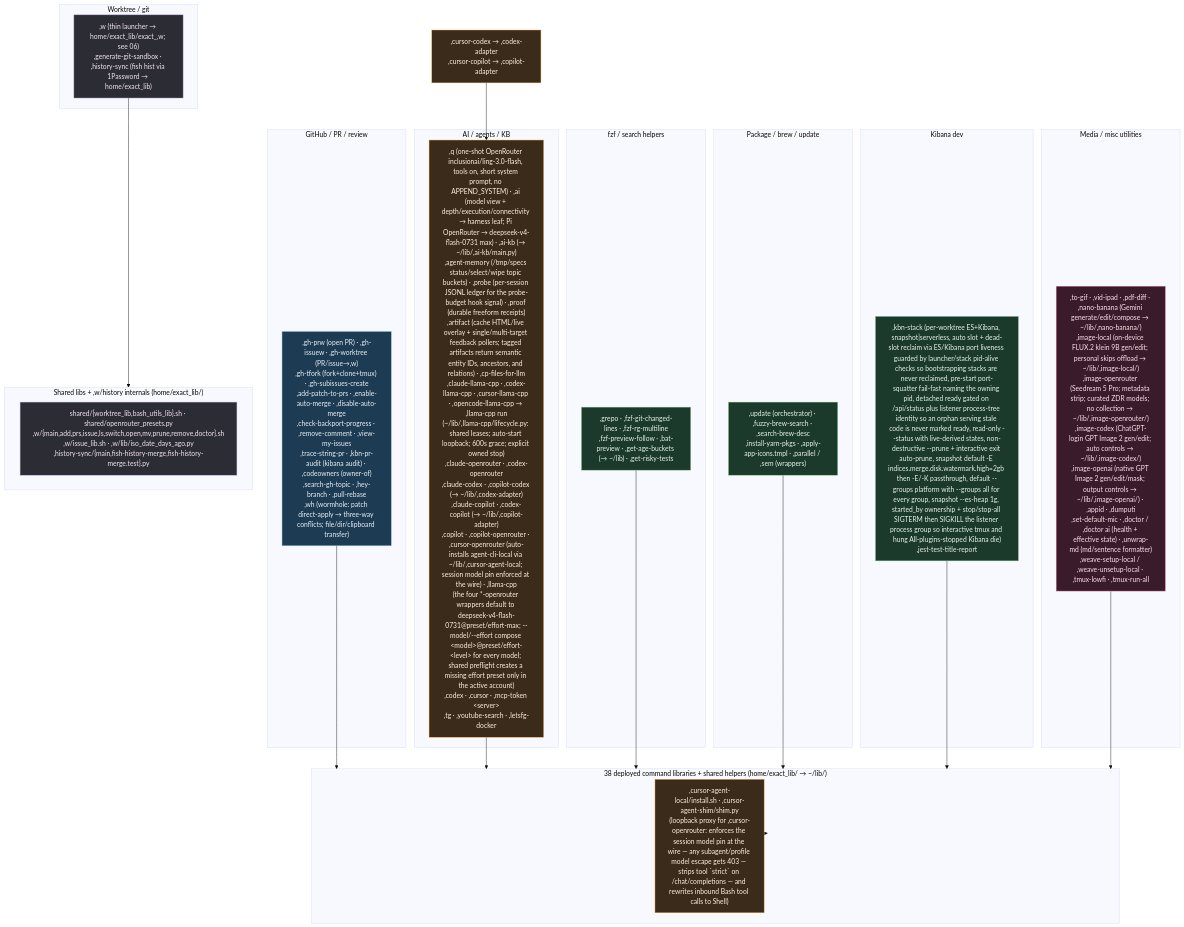
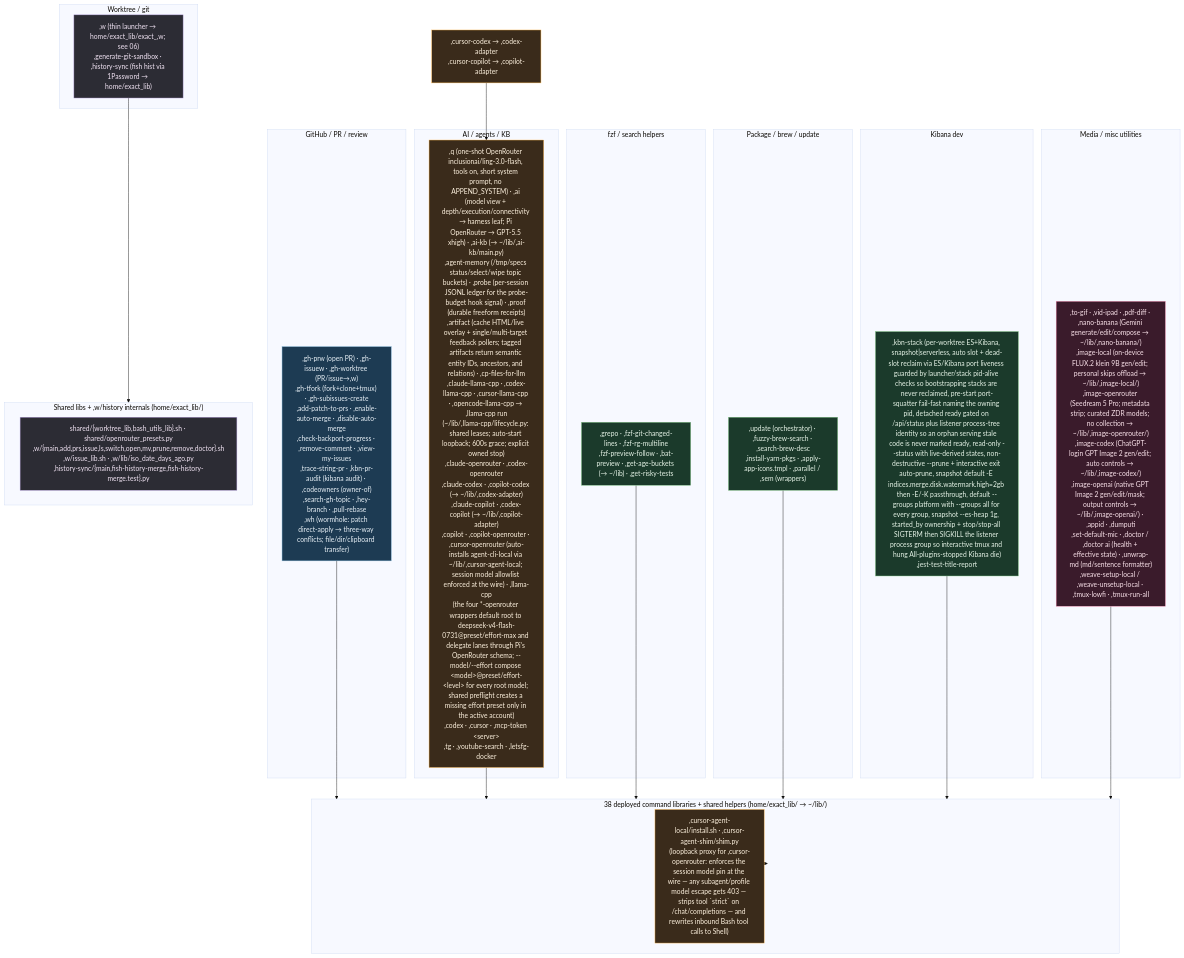
One commit to kapral18/dotfiles changed the diagram in .mermaids/07c-bin-commands.mmd. Above: the diagram before and after it, drawn with Mermaid (base theme). The commit also changed 61 other files, not shown here.

```diff
--- a/.mermaids/07c-bin-commands.mmd
+++ b/.mermaids/07c-bin-commands.mmd
@@ -1,60 +1,60 @@
 %% ============================================================================
 %% 07c-bin-commands.mmd — Every thin command in home/exact_bin/ (84 thin commands)
 %% plus deployed internals in home/exact_lib/ (95 command/shared library files).
 %% executable_,* → ~/bin/,* (comma-prefixed user commands); home/exact_lib/exact_,name/
 %% → ~/lib/,name/. verify-bin-surface keeps each command covered by fish
 %% completions, docs, catalog, and non-orphaned command libraries.
 %% ============================================================================
 flowchart TB
     classDef gh fill:#1d3b53,stroke:#7fb3d5,color:#eaf2f8;
     classDef wt fill:#2c2c34,stroke:#b39ddb,color:#f3e5f5;
     classDef ai fill:#3a2b1b,stroke:#ffb74d,color:#fff3e0;
     classDef media fill:#3a1b2b,stroke:#f48fb1,color:#fce4ec;
     classDef sys fill:#1b3a2b,stroke:#81c784,color:#e8f5e9;
 
     subgraph GHC["GitHub / PR / review"]
         G[",gh-prw (open PR) · ,gh-issuew · ,gh-worktree (PR/issue→,w)<br/>,gh-tfork (fork+clone+tmux) · ,gh-subissues-create<br/>,add-patch-to-prs · ,enable-auto-merge · ,disable-auto-merge<br/>,check-backport-progress · ,remove-comment · ,view-my-issues<br/>,trace-string-pr · ,kbn-pr-audit (kibana audit) · ,codeowners (owner-of)<br/>,search-gh-topic · ,hey-branch · ,pull-rebase<br/>,wh (wormhole: patch direct-apply → three-way conflicts; file/dir/clipboard transfer)"]:::gh
     end
 
     ACURSOR[",cursor-codex → ,codex-adapter<br/>,cursor-copilot → ,copilot-adapter"]:::ai
     ACURSOR --> A
 
     subgraph WTC["Worktree / git"]
         W[",w (thin launcher → home/exact_lib/exact_,w; see 06)<br/>,generate-git-sandbox · ,history-sync (fish hist via 1Password → home/exact_lib)"]:::wt
     end
 
     subgraph AIC["AI / agents / KB"]
-        A[",q (one-shot OpenRouter inclusionai/ling-3.0-flash, tools on, short system prompt, no APPEND_SYSTEM) · ,ai (model view + depth/execution/connectivity → harness leaf; Pi OpenRouter → deepseek-v4-flash-0731 max) · ,ai-kb (→ ~/lib/,ai-kb/main.py)<br/>,agent-memory (/tmp/specs status/select/wipe topic buckets) · ,probe (per-session JSONL ledger for the probe-budget hook signal) · ,proof (durable freeform receipts)<br/>,artifact (cache HTML/live overlay + single/multi-target feedback pollers; tagged artifacts return semantic entity IDs, ancestors, and relations) · ,cp-files-for-llm<br/>,claude-llama-cpp · ,codex-llama-cpp · ,cursor-llama-cpp · ,opencode-llama-cpp → ,llama-cpp run<br/>(~/lib/,llama-cpp/lifecycle.py: shared leases; auto-start loopback; 600s grace; explicit owned stop)<br/>,claude-openrouter · ,codex-openrouter<br/>,claude-codex · ,copilot-codex (→ ~/lib/,codex-adapter)<br/>,claude-copilot · ,codex-copilot (→ ~/lib/,copilot-adapter)<br/>,copilot · ,copilot-openrouter · ,cursor-openrouter (auto-installs agent-cli-local via ~/lib/,cursor-agent-local; session model pin enforced at the wire) · ,llama-cpp<br/>(the four *-openrouter wrappers default to deepseek-v4-flash-0731@preset/effort-max; --model/--effort compose &lt;model&gt;@preset/effort-&lt;level&gt; for every model; shared preflight creates a missing effort preset only in the active account)<br/>,codex · ,cursor · ,mcp-token &lt;server&gt;<br/>,tg · ,youtube-search · ,letsfg-docker"]:::ai
+        A[",q (one-shot OpenRouter inclusionai/ling-3.0-flash, tools on, short system prompt, no APPEND_SYSTEM) · ,ai (model view + depth/execution/connectivity → harness leaf; Pi OpenRouter → GPT-5.5 xhigh) · ,ai-kb (→ ~/lib/,ai-kb/main.py)<br/>,agent-memory (/tmp/specs status/select/wipe topic buckets) · ,probe (per-session JSONL ledger for the probe-budget hook signal) · ,proof (durable freeform receipts)<br/>,artifact (cache HTML/live overlay + single/multi-target feedback pollers; tagged artifacts return semantic entity IDs, ancestors, and relations) · ,cp-files-for-llm<br/>,claude-llama-cpp · ,codex-llama-cpp · ,cursor-llama-cpp · ,opencode-llama-cpp → ,llama-cpp run<br/>(~/lib/,llama-cpp/lifecycle.py: shared leases; auto-start loopback; 600s grace; explicit owned stop)<br/>,claude-openrouter · ,codex-openrouter<br/>,claude-codex · ,copilot-codex (→ ~/lib/,codex-adapter)<br/>,claude-copilot · ,codex-copilot (→ ~/lib/,copilot-adapter)<br/>,copilot · ,copilot-openrouter · ,cursor-openrouter (auto-installs agent-cli-local via ~/lib/,cursor-agent-local; session model allowlist enforced at the wire) · ,llama-cpp<br/>(the four *-openrouter wrappers default root to deepseek-v4-flash-0731@preset/effort-max and delegate lanes through Pi's OpenRouter schema; --model/--effort compose &lt;model&gt;@preset/effort-&lt;level&gt; for every root model; shared preflight creates a missing effort preset only in the active account)<br/>,codex · ,cursor · ,mcp-token &lt;server&gt;<br/>,tg · ,youtube-search · ,letsfg-docker"]:::ai
     end
 
     subgraph FZFC["fzf / search helpers"]
         F[",grepo · ,fzf-git-changed-lines · ,fzf-rg-multiline<br/>,fzf-preview-follow · ,bat-preview · ,get-age-buckets (→ ~/lib) · ,get-risky-tests"]:::sys
     end
 
     subgraph PKGC["Package / brew / update"]
         P[",update (orchestrator) · ,fuzzy-brew-search · ,search-brew-desc<br/>,install-yarn-pkgs · ,apply-app-icons.tmpl · ,parallel / ,sem (wrappers)"]:::sys
     end
 
     subgraph KBNC["Kibana dev"]
         K[",kbn-stack (per-worktree ES+Kibana, snapshot|serverless, auto slot + dead-slot reclaim via ES/Kibana port liveness guarded by launcher/stack pid-alive checks so bootstrapping stacks are never reclaimed, pre-start port-squatter fail-fast naming the owning pid, detached ready gated on /api/status plus listener process-tree identity so an orphan serving stale code is never marked ready, read-only --status with live-derived states, non-destructive --prune + interactive exit auto-prune, snapshot default -E indices.merge.disk.watermark.high=2gb then -E/-K passthrough, default --groups platform with --groups all for every group, snapshot --es-heap 1g, started_by ownership + stop/stop-all SIGTERM then SIGKILL the listener process group so interactive tmux and hung All-plugins-stopped Kibana die)<br/>,jest-test-title-report"]:::sys
     end
 
     subgraph MEDIA["Media / misc utilities"]
         M[",to-gif · ,vid-ipad · ,pdf-diff · ,nano-banana (Gemini generate/edit/compose → ~/lib/,nano-banana/)<br/>,image-local (on-device FLUX.2 klein 9B gen/edit; personal skips offload → ~/lib/,image-local/)<br/>,image-openrouter (Seedream 5 Pro; metadata strip; curated ZDR models; no collection → ~/lib/,image-openrouter/)<br/>,image-codex (ChatGPT-login GPT Image 2 gen/edit; auto controls → ~/lib/,image-codex/)<br/>,image-openai (native GPT Image 2 gen/edit/mask; output controls → ~/lib/,image-openai/) · ,appid · ,dumputi<br/>,set-default-mic · ,doctor / ,doctor ai (health + effective state) · ,unwrap-md (md/sentence formatter)<br/>,weave-setup-local / ,weave-unsetup-local · ,tmux-lowfi · ,tmux-run-all"]:::media
     end
 
     subgraph LIBS["Shared libs + ,w/history internals (home/exact_lib/)"]
         L["shared/{worktree_lib,bash_utils_lib}.sh · shared/openrouter_presets.py<br/>,w/{main,add,prs,issue,ls,switch,open,mv,prune,remove,doctor}.sh<br/>,w/issue_lib.sh · ,w/lib/iso_date_days_ago.py<br/>,history-sync/{main,fish-history-merge,fish-history-merge.test}.py"]:::wt
     end
     W --> LIBS
 
     subgraph CMDLIBS["38 deployed command libraries + shared helpers (home/exact_lib/ → ~/lib/)"]
         ADS[",cursor-agent-local/install.sh · ,cursor-agent-shim/shim.py<br/>(loopback proxy for ,cursor-openrouter: enforces the session model pin at the wire — any subagent/profile model escape gets 403 — strips tool `strict` on /chat/completions — and rewrites inbound Bash tool calls to Shell)"]:::ai
     end
     ADS --> CMDLIBS
     G --> CMDLIBS
     A --> CMDLIBS
     F --> CMDLIBS
     P --> CMDLIBS
     K --> CMDLIBS
     M --> CMDLIBS
```
